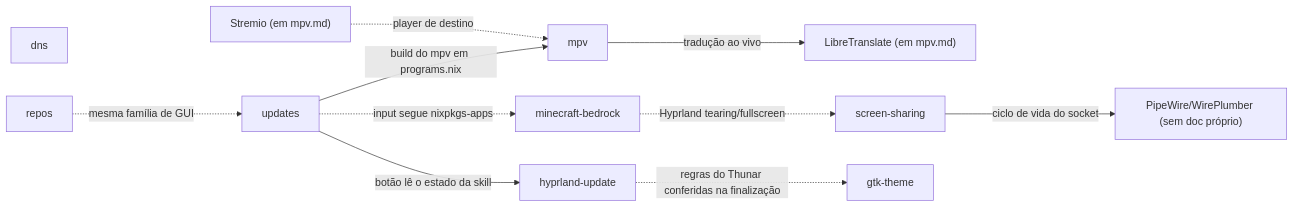
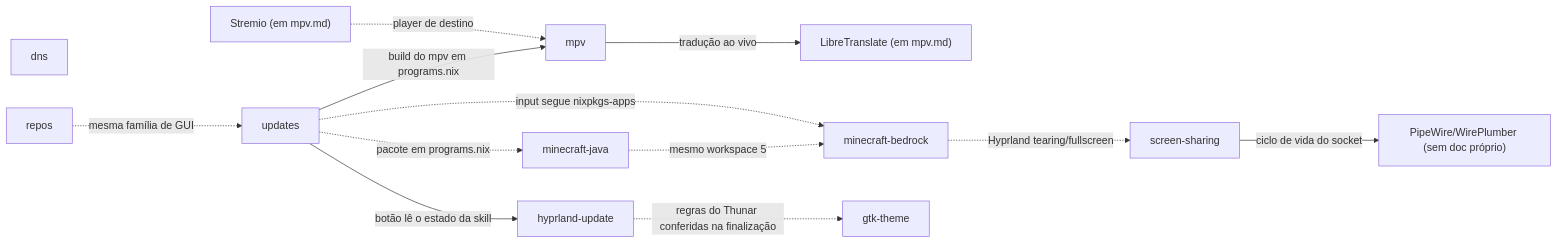
One commit to aliceComH/nixos changed the diagram in .agents/knowledge/_index.md. Above: the diagram before and after it, drawn with Mermaid. The commit also changed other lines of this file and 2 other files, not shown here.

Commit message:
feat(hypr): workspace 5 rules for Prism Launcher and Minecraft Java
Prism floats centered on ws5; Minecraft goes fullscreen with content game,
immediate and idle inhibit for direct scanout. Add minecraft-java knowledge doc.

````diff
--- a/.agents/knowledge/_index.md
+++ b/.agents/knowledge/_index.md
@@ -30,24 +31,27 @@
 ```mermaid
 graph LR
     mpv["mpv"]
     libretranslate["LibreTranslate (em mpv.md)"]
     stremio["Stremio (em mpv.md)"]
     screenSharing["screen-sharing"]
     pipewire["PipeWire/WirePlumber (sem doc próprio)"]
     bedrock["minecraft-bedrock"]
     updates["updates"]
     dns["dns"]
     gtkTheme["gtk-theme"]
     hyprUpdate["hyprland-update"]
     repos["repos"]
+    mcJava["minecraft-java"]
 
     mpv -->|"tradução ao vivo"| libretranslate
     stremio -.->|"player de destino"| mpv
     screenSharing -->|"ciclo de vida do socket"| pipewire
     bedrock -.->|"Hyprland tearing/fullscreen"| screenSharing
     updates -->|"build do mpv em programs.nix"| mpv
     updates -.->|"input segue nixpkgs-apps"| bedrock
     updates -->|"botão lê o estado da skill"| hyprUpdate
     hyprUpdate -.->|"regras do Thunar conferidas na finalização"| gtkTheme
     repos -.->|"mesma família de GUI"| updates
+    mcJava -.->|"mesmo workspace 5"| bedrock
+    updates -.->|"pacote em programs.nix"| mcJava
 ```
````
